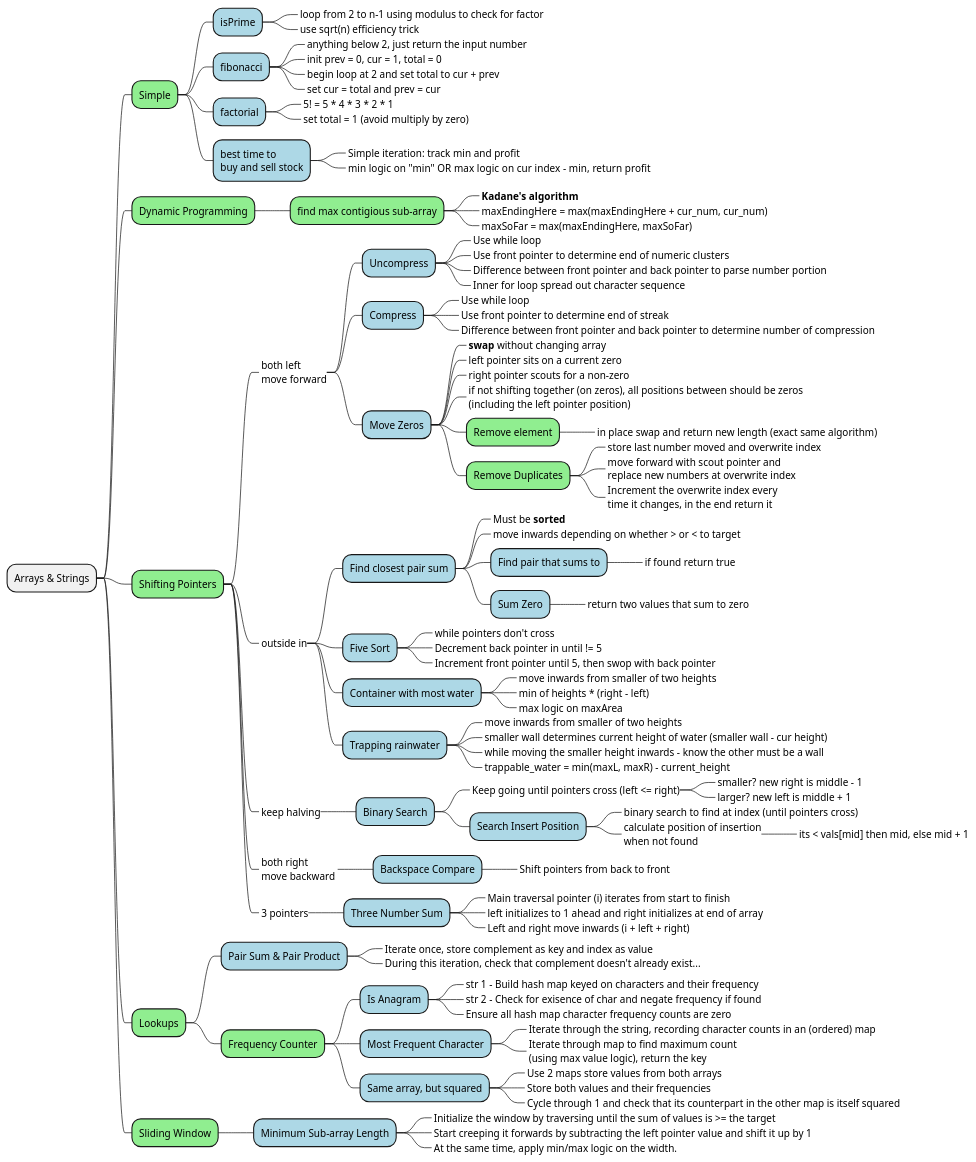
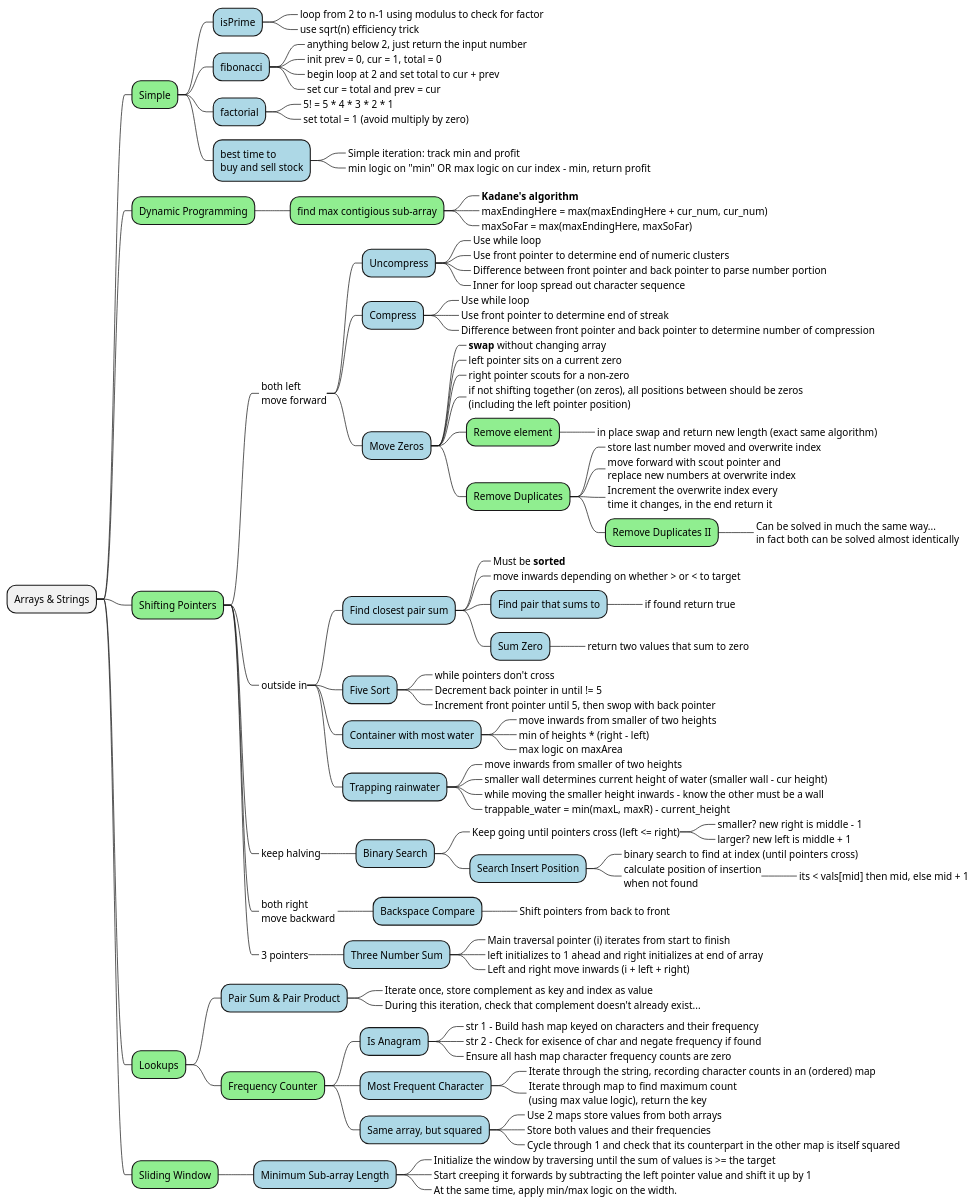
The diagram in alvin/arrays-and-strings.plantuml (bobbyache/study-diagrams), drawn with PlantUML before and after one commit. The commit also changed 6 other files, not shown here.

```diff
--- a/alvin/arrays-and-strings.plantuml
+++ b/alvin/arrays-and-strings.plantuml
@@ -1,117 +1,119 @@
 @startmindmap "Arrays and Strings"
 
 + Arrays & Strings
 ++[#lightgreen] Simple
 +++[#lightblue] isPrime
 ++++_ loop from 2 to n-1 using modulus to check for factor
 ++++_ use sqrt(n) efficiency trick
 +++[#lightblue] fibonacci
 ++++_ anything below 2, just return the input number
 ++++_ init prev = 0, cur = 1, total = 0
 ++++_ begin loop at 2 and set total to cur + prev
 ++++_ set cur = total and prev = cur
 +++[#lightblue] factorial
 ++++_ 5! = 5 * 4 * 3 * 2 * 1
 ++++_ set total = 1 (avoid multiply by zero)
 +++[#lightblue] best time to\nbuy and sell stock
 ++++_ Simple iteration: track min and profit
 ++++_ min logic on "min" OR  max logic on cur index - min, return profit
 
 ++[#lightgreen] Dynamic Programming
 +++[#lightgreen] find max contigious sub-array
 ++++_ **Kadane's algorithm**
 ++++_ maxEndingHere = max(maxEndingHere + cur_num, cur_num)
 ++++_ maxSoFar = max(maxEndingHere, maxSoFar)
 
 ++[#lightgreen] Shifting Pointers
 +++_ both left\nmove forward
 ++++[#lightblue] Uncompress
 +++++_ Use while loop
 +++++_ Use front pointer to determine end of numeric clusters
 +++++_ Difference between front pointer and back pointer to parse number portion
 +++++_ Inner for loop spread out character sequence
 ++++[#lightblue] Compress
 +++++_ Use while loop
 +++++_ Use front pointer to determine end of streak
 +++++_ Difference between front pointer and back pointer to determine number of compression
 ++++[#lightblue] Move Zeros
 +++++_ **swap** without changing array
 +++++_ left pointer sits on a current zero
 +++++_ right pointer scouts for a non-zero
 +++++_ if not shifting together (on zeros), all positions between should be zeros\n(including the left pointer position)
 +++++[#lightgreen] Remove element
 ++++++_ in place swap and return new length (exact same algorithm)
 +++++[#lightgreen] Remove Duplicates
 ++++++_ store last number moved and overwrite index
 ++++++_ move forward with scout pointer and\nreplace new numbers at overwrite index
 ++++++_ Increment the overwrite index every\ntime it changes, in the end return it
+++++++[#lightgreen] Remove Duplicates II
++++++++_ Can be solved in much the same way...\nin fact both can be solved almost identically
 
 +++_ outside in
 ++++[#lightblue] Find closest pair sum
 +++++_ Must be **sorted**
 +++++_ move inwards depending on whether > or < to target
 +++++[#lightblue] Find pair that sums to
 ++++++_ if found return true
 +++++[#lightblue] Sum Zero
 ++++++_ return two values that sum to zero
 ++++[#lightblue] Five Sort
 +++++_ while pointers don't cross
 +++++_ Decrement back pointer in until != 5
 +++++_ Increment front pointer until 5, then swop with back pointer
 ++++[#lightblue] Container with most water
 +++++_ move inwards from smaller of two heights
 +++++_ min of heights * (right - left)
 +++++_ max logic on maxArea
 
 ' Busy editing this in place...
 
 ++++[#lightblue] Trapping rainwater
 +++++_ move inwards from smaller of two heights
 +++++_ smaller wall determines current height of water (smaller wall - cur height)
 +++++_ while moving the smaller height inwards - know the other must be a wall
 +++++_ trappable_water = min(maxL, maxR) - current_height
 
 +++_ keep halving
 ++++[#lightblue] Binary Search
 +++++_ Keep going until pointers cross (left <= right)
 ++++++_ smaller? new right is middle - 1
 ++++++_ larger? new left is middle + 1
 +++++[#lightblue] Search Insert Position
 ++++++_ binary search to find at index (until pointers cross)
 ++++++_ calculate position of insertion\nwhen not found
 +++++++_ its < vals[mid] then mid, else mid + 1
 
 +++_ both right\nmove backward 
 ++++[#lightblue] Backspace Compare
 +++++_ Shift pointers from back to front
 
 +++_ 3 pointers
 ++++[#lightblue] Three Number Sum
 +++++_ Main traversal pointer (i) iterates from start to finish
 +++++_ left initializes to 1 ahead and right initializes at end of array
 +++++_ Left and right move inwards (i + left + right)
 
 ++[#lightgreen] Lookups
 +++[#lightblue] Pair Sum & Pair Product
 ++++_ Iterate once, store complement as key and index as value
 ++++_ During this iteration, check that complement doesn't already exist...
 
 +++[#lightgreen] Frequency Counter
 ++++[#lightblue] Is Anagram
 +++++_ str 1 - Build hash map keyed on characters and their frequency
 +++++_ str 2 - Check for exisence of char and negate frequency if found
 +++++_ Ensure all hash map character frequency counts are zero
 ++++[#lightblue] Most Frequent Character
 +++++_ Iterate through the string, recording character counts in an (ordered) map
 +++++_ Iterate through map to find maximum count\n(using max value logic), return the key
 ++++[#lightblue] Same array, but squared
 +++++_ Use 2 maps store values from both arrays
 +++++_ Store both values and their frequencies
 +++++_ Cycle through 1 and check that its counterpart in the other map is itself squared
 
 ++[#lightgreen] Sliding Window
 +++[#lightblue] Minimum Sub-array Length
 ++++_ Initialize the window by traversing until the sum of values is >= the target
 ++++_ Start creeping it forwards by subtracting the left pointer value and shift it up by 1
 ++++_ At the same time, apply min/max logic on the width.
 @endmindmap
```
